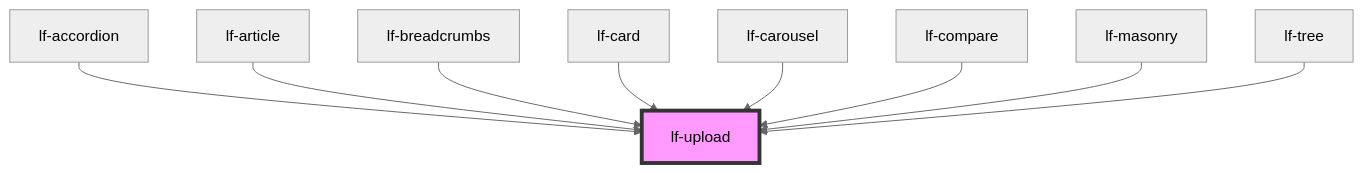
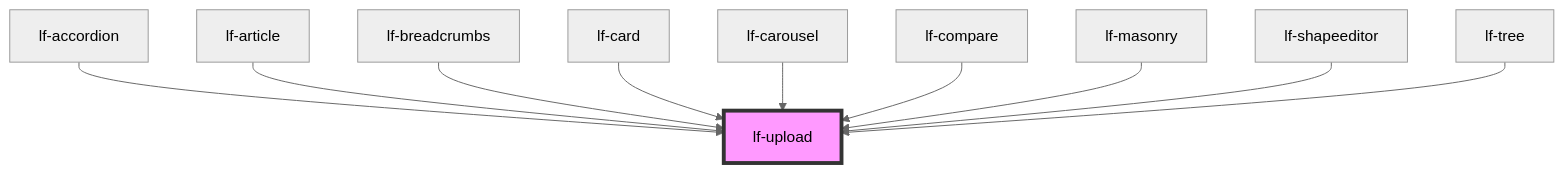
Before and after one commit to lucafoscili/lf-widgets: the diagram in packages/core/src/components/lf-upload/readme.md, drawn with Mermaid (neutral theme). The commit also changed other lines of this file and 27 other files, not shown here.

````diff
--- a/packages/core/src/components/lf-upload/readme.md
+++ b/packages/core/src/components/lf-upload/readme.md
@@ -120,12 +121,13 @@
 ```mermaid
 graph TD;
   lf-accordion --> lf-upload
   lf-article --> lf-upload
   lf-breadcrumbs --> lf-upload
   lf-card --> lf-upload
   lf-carousel --> lf-upload
   lf-compare --> lf-upload
   lf-masonry --> lf-upload
+  lf-shapeeditor --> lf-upload
   lf-tree --> lf-upload
   style lf-upload fill:#f9f,stroke:#333,stroke-width:4px
 ```
````
